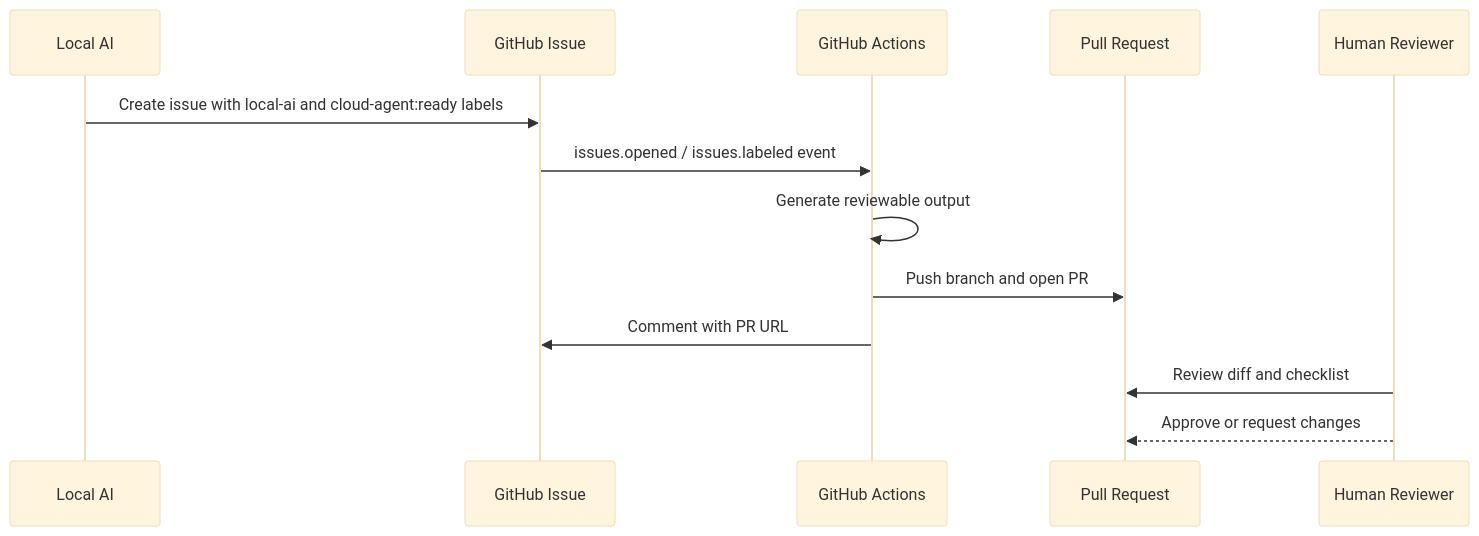
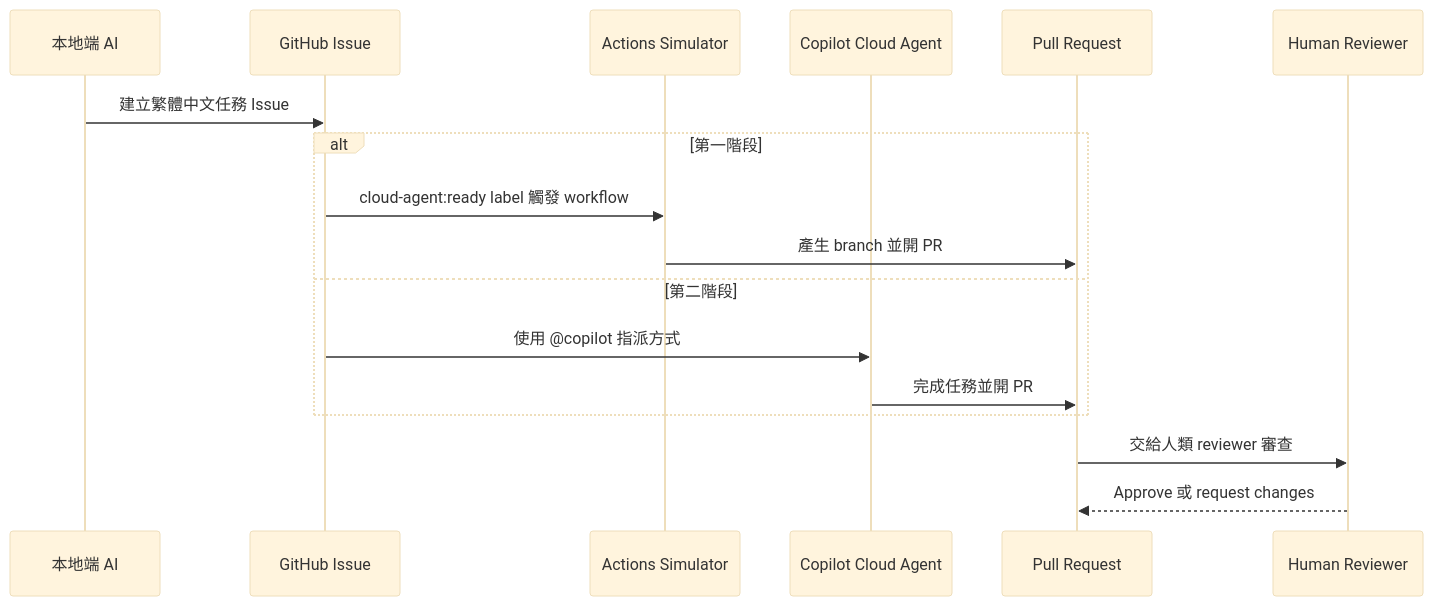
Before and after one commit to IISI-2112007/ai-coding-solved-demo: the diagram in docs/operation-flow.md, drawn with Mermaid (base theme). The commit also changed other lines of this file and 14 other files, not shown here.

Commit message:
Add phase 2 Copilot cloud agent handoff

````diff
--- a/docs/operation-flow.md
+++ b/docs/operation-flow.md
@@ -25,16 +24,20 @@
 ```mermaid
 sequenceDiagram
-    participant LocalAI as Local AI
+    participant LocalAI as 本地端 AI
     participant Issue as GitHub Issue
-    participant Action as GitHub Actions
+    participant Simulator as Actions Simulator
+    participant Copilot as Copilot Cloud Agent
     participant PR as Pull Request
     participant Human as Human Reviewer
 
-    LocalAI->>Issue: Create issue with local-ai and cloud-agent:ready labels
-    Issue->>Action: issues.opened / issues.labeled event
-    Action->>Action: Generate reviewable output
-    Action->>PR: Push branch and open PR
-    Action->>Issue: Comment with PR URL
-    Human->>PR: Review diff and checklist
-    Human-->>PR: Approve or request changes
+    LocalAI->>Issue: 建立繁體中文任務 Issue
+    alt 第一階段
+        Issue->>Simulator: cloud-agent:ready label 觸發 workflow
+        Simulator->>PR: 產生 branch 並開 PR
+    else 第二階段
+        Issue->>Copilot: 使用 @copilot 指派方式
+        Copilot->>PR: 完成任務並開 PR
+    end
+    PR->>Human: 交給人類 reviewer 審查
+    Human-->>PR: Approve 或 request changes
 ```
````
